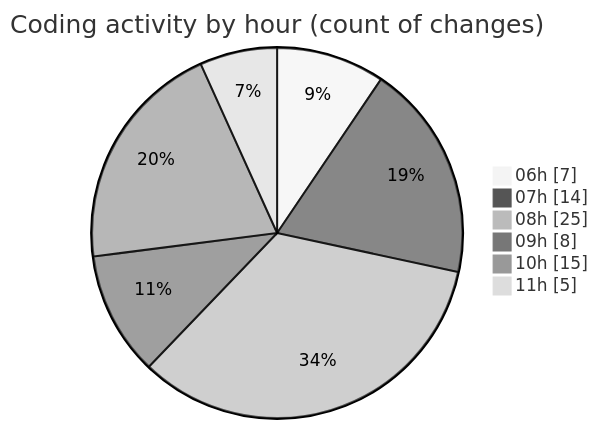
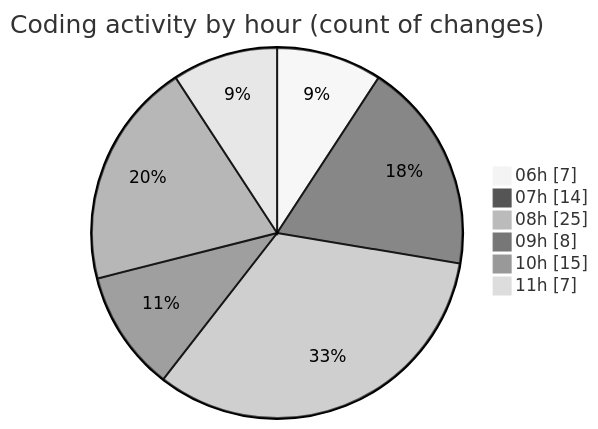
Before and after one commit to vahidmafi/code-tracking: the second of 2 diagrams in 2025-04-18/zeytoon/README.md, drawn with Mermaid (neutral theme). The commit also changed other lines of this file and 1 other file, not shown here.

````diff
--- a/2025-04-18/zeytoon/README.md
+++ b/2025-04-18/zeytoon/README.md
@@ -39,10 +39,10 @@
 ```mermaid
 pie showData
 title Coding activity by hour (count of changes)
 "06h" : 7
 "07h" : 14
 "08h" : 25
 "09h" : 8
 "10h" : 15
-"11h" : 5
+"11h" : 7
 ```
````
